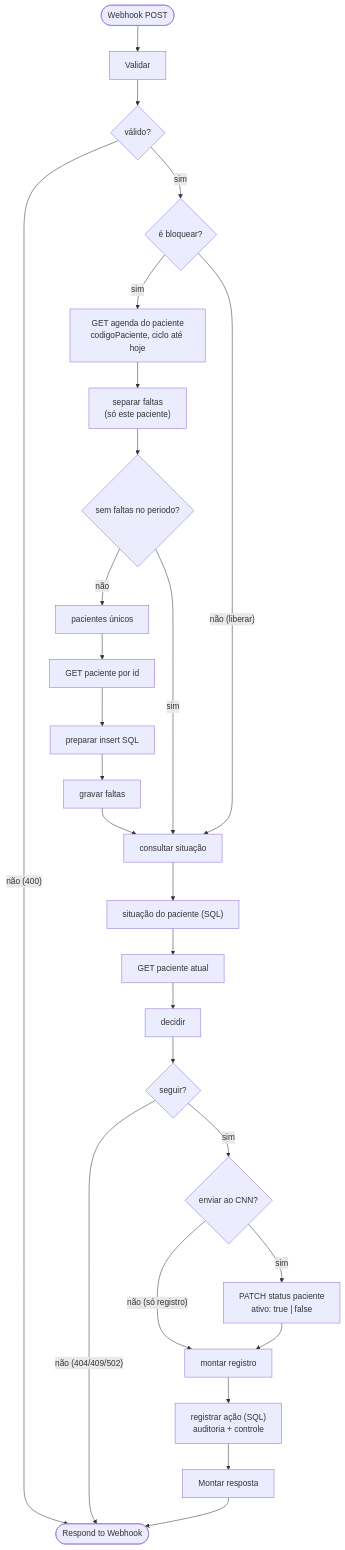
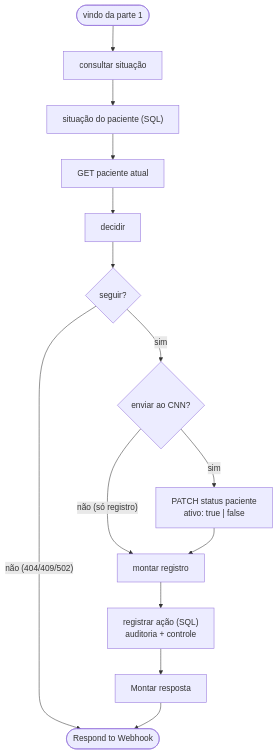
The second of 2 diagrams in docs/fluxos/acoes.md (clariens/painel-integracao-desbloqueio-CNN-web), drawn with Mermaid before and after one commit. The commit also changed other lines of this file and 41 other files, not shown here.

````diff
--- a/docs/fluxos/acoes.md
+++ b/docs/fluxos/acoes.md
@@ -22,26 +43,16 @@
 ```mermaid
 flowchart TD
-    W(["Webhook POST"]) --> V["Validar"]
-    V --> OK{"válido?"}
-    OK -->|"não (400)"| R(["Respond to Webhook"])
-    OK -->|"sim"| B{"é bloquear?"}
-    B -->|"sim"| AG["GET agenda do paciente<br/>codigoPaciente, ciclo até hoje"]
-    AG --> SF["separar faltas<br/>(só este paciente)"]
-    SF --> SQ{"sem faltas no periodo?"}
-    SQ -->|"não"| PU["pacientes únicos"] --> GP["GET paciente por id"] --> PI["preparar insert SQL"] --> GF["gravar faltas"]
-    GF --> CS
-    SQ -->|"sim"| CS
-    B -->|"não (liberar)"| CS["consultar situação"]
+    P1(["vindo da parte 1"]) --> CS["consultar situação"]
     CS --> SS["situação do paciente (SQL)"]
     SS --> GA["GET paciente atual"]
     GA --> D["decidir"]
     D --> SG{"seguir?"}
-    SG -->|"não (404/409/502)"| R
+    SG -->|"não (404/409/502)"| R(["Respond to Webhook"])
     SG -->|"sim"| EC{"enviar ao CNN?"}
     EC -->|"sim"| PT["PATCH status paciente<br/>ativo: true | false"]
     EC -->|"não (só registro)"| MR
     PT --> MR["montar registro"]
     MR --> RA["registrar ação (SQL)<br/>auditoria + controle"]
     RA --> MS["Montar resposta"]
     MS --> R
 ```
````
